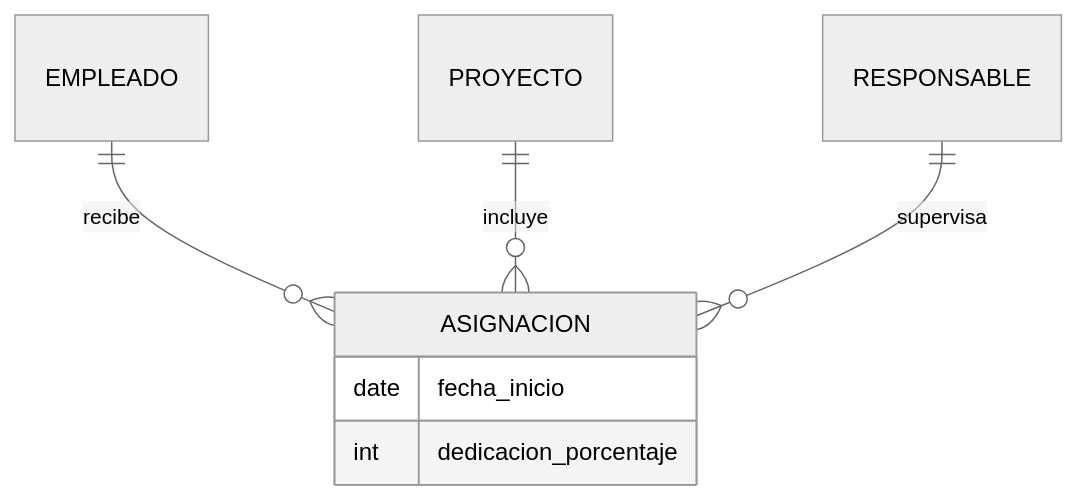
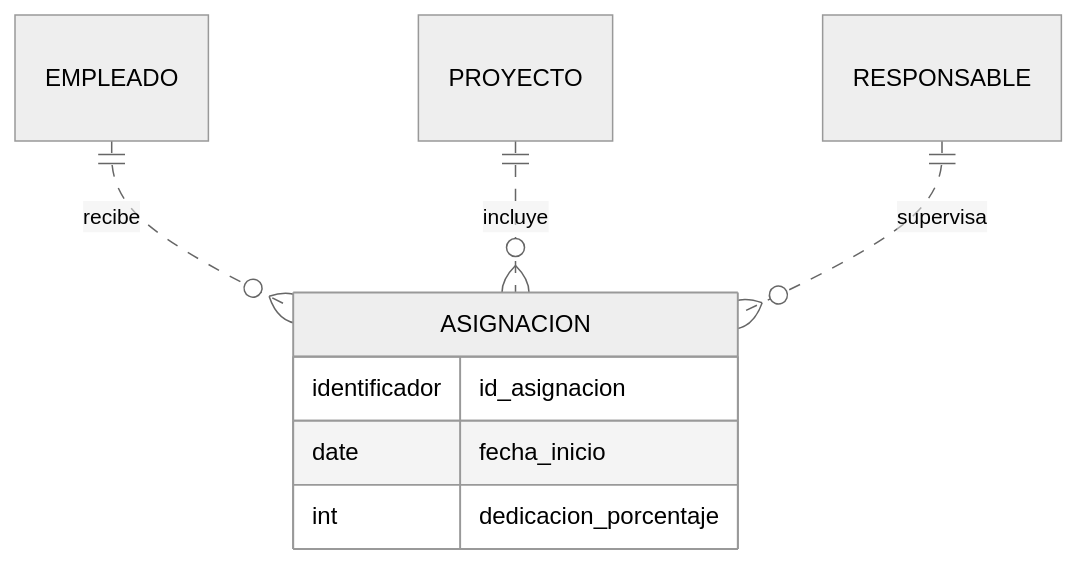
Before and after one commit to sperrodj/BAE: the third of 4 diagrams in Tema 2/apuntes.md, drawn with Mermaid (neutral theme). The commit also changed other lines of this file, not shown here.

````diff
--- a/Tema 2/apuntes.md
+++ b/Tema 2/apuntes.md
@@ -469,10 +558,11 @@
 ```mermaid
 erDiagram
-    EMPLEADO ||--o{ ASIGNACION : recibe
-    PROYECTO ||--o{ ASIGNACION : incluye
-    RESPONSABLE ||--o{ ASIGNACION : supervisa
+    EMPLEADO ||..o{ ASIGNACION : recibe
+    PROYECTO ||..o{ ASIGNACION : incluye
+    RESPONSABLE ||..o{ ASIGNACION : supervisa
     ASIGNACION {
+        identificador id_asignacion
         date fecha_inicio
         int dedicacion_porcentaje
     }
 ```
````
